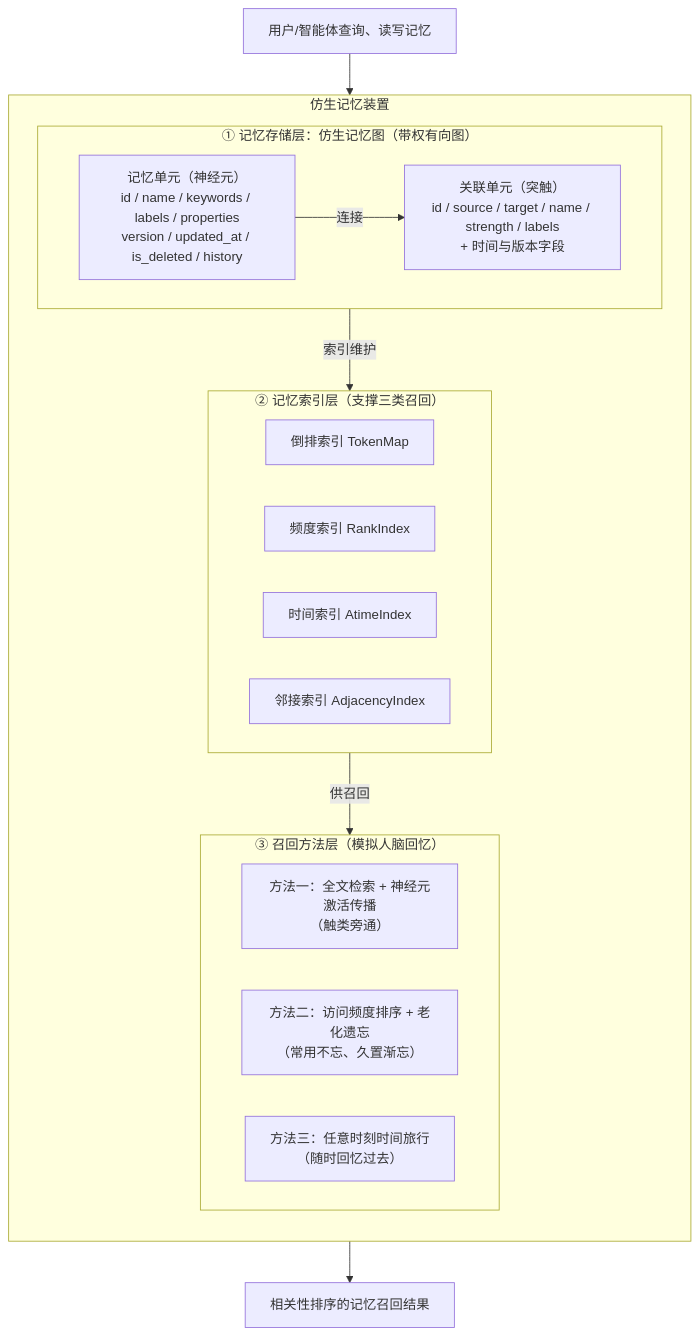
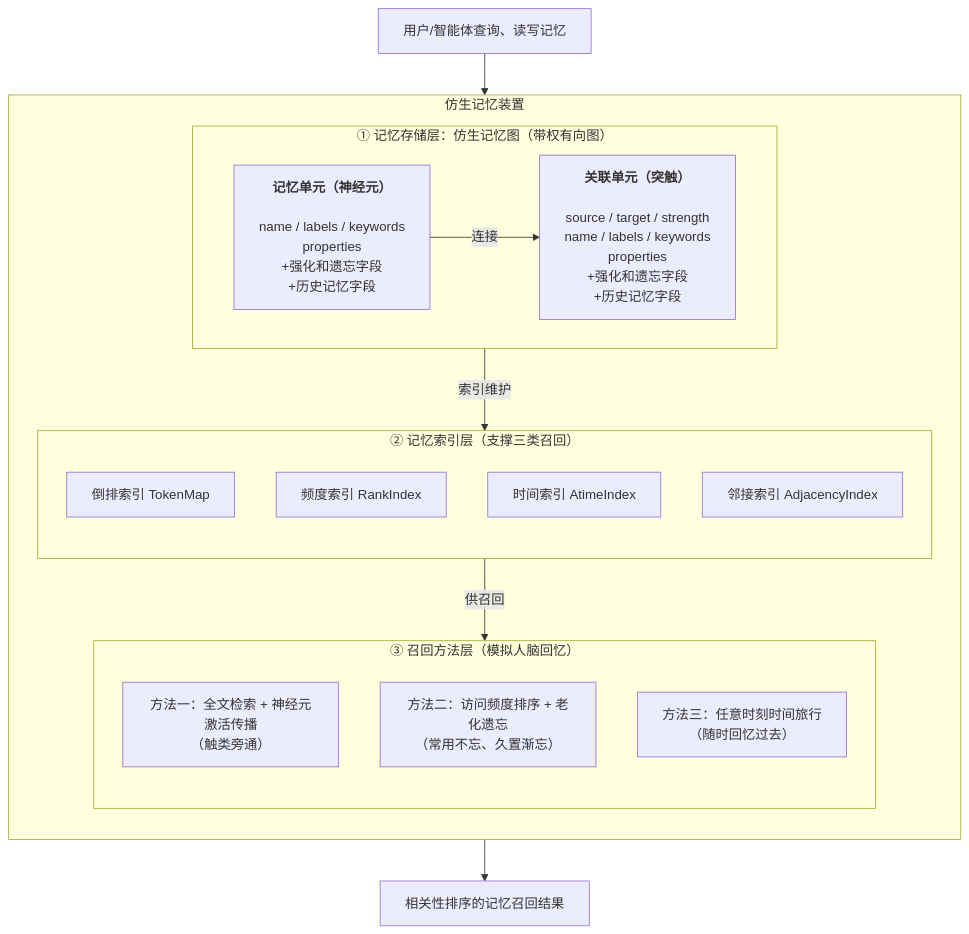
One commit to agentic-data-ops/bionic-graph changed the first of 11 diagrams in .reasonix/patent/一种AI智能体仿生记忆装置和召回方法.md. Above: the diagram before and after it, drawn with Mermaid. The commit also changed other lines of this file, not shown here.

````diff
--- a/.reasonix/patent/一种AI智能体仿生记忆装置和召回方法.md
+++ b/.reasonix/patent/一种AI智能体仿生记忆装置和召回方法.md
@@ -108,26 +109,28 @@
 ```mermaid
 flowchart TB
     subgraph M["仿生记忆装置"]
         direction TB
         subgraph S1["① 记忆存储层：仿生记忆图（带权有向图）"]
-            V["记忆单元（神经元）<br/>id / name / keywords / labels / properties<br/>version / updated_at / is_deleted / history"]
-            E["关联单元（突触）<br/>id / source / target / name / strength / labels<br/>+ 时间与版本字段"]
+            V["<b>记忆单元（神经元）</b><br/><br/>name / labels / keywords<br/>properties<br/>+强化和遗忘字段<br/>+历史记忆字段"]
+            E["<b>关联单元（突触）</b><br/><br/>source / target / strength<br/>name / labels / keywords<br/>properties<br/>+强化和遗忘字段<br/>+历史记忆字段"]
             V -- "连接" --> E
         end
         subgraph S2["② 记忆索引层（支撑三类召回）"]
+            direction TB
             I1["倒排索引 TokenMap"]
             I2["频度索引 RankIndex"]
             I3["时间索引 AtimeIndex"]
             I4["邻接索引 AdjacencyIndex"]
         end
         subgraph S3["③ 召回方法层（模拟人脑回忆）"]
+            direction TB
             M1["方法一：全文检索 + 神经元激活传播<br/>（触类旁通）"]
             M2["方法二：访问频度排序 + 老化遗忘<br/>（常用不忘、久置渐忘）"]
             M3["方法三：任意时刻时间旅行<br/>（随时回忆过去）"]
         end
         S1 -- 索引维护 --> S2
         S2 -- 供召回 --> S3
     end
     Q["用户/智能体查询、读写记忆"] --> M
     M --> R["相关性排序的记忆召回结果"]
 ```
````
